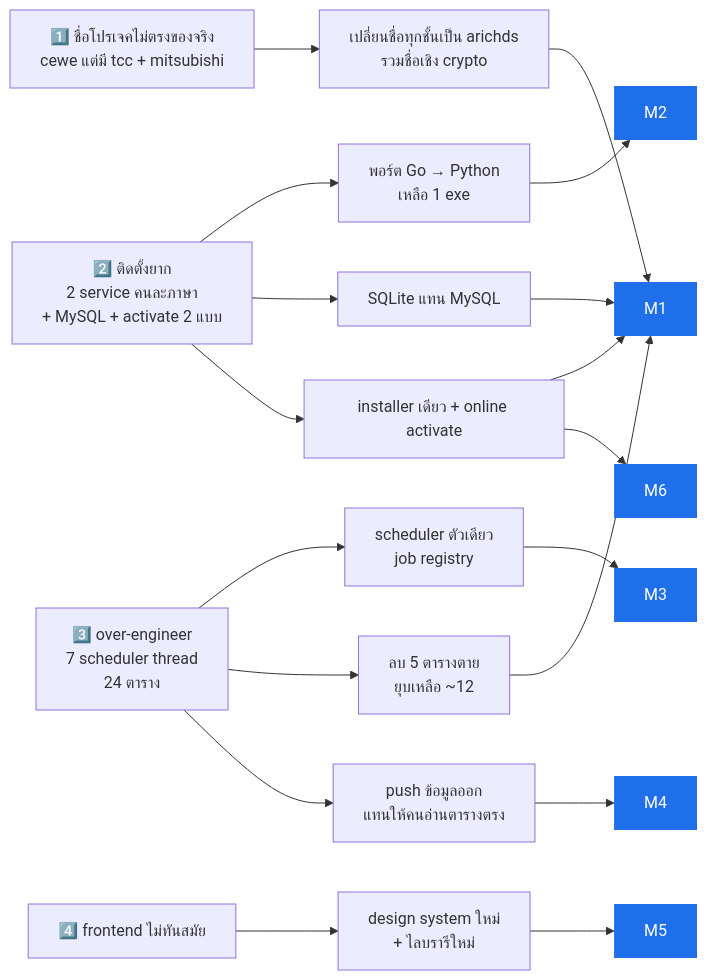
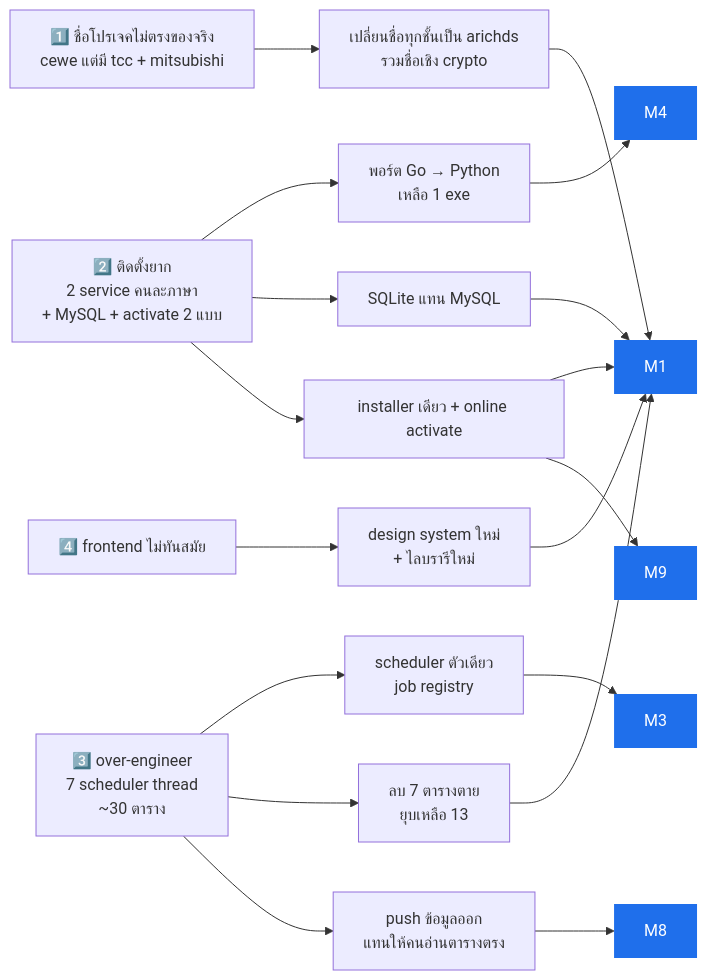
The first of 4 diagrams in docs/REMAKE-PLAN.md (sunchanin/arichds-application-v2), drawn with Mermaid before and after one commit. The commit also changed other lines of this file and 31 other files, not shown here.

````diff
--- a/docs/REMAKE-PLAN.md
+++ b/docs/REMAKE-PLAN.md
@@ -23,35 +23,34 @@
 ```mermaid
 flowchart LR
     P1["1️⃣ ชื่อโปรเจคไม่ตรงของจริง<br/>cewe แต่มี tcc + mitsubishi"]
     P2["2️⃣ ติดตั้งยาก<br/>2 service คนละภาษา<br/>+ MySQL + activate 2 แบบ"]
-    P3["3️⃣ over-engineer<br/>7 scheduler thread<br/>24 ตาราง"]
+    P3["3️⃣ over-engineer<br/>7 scheduler thread<br/>~30 ตาราง"]
     P4["4️⃣ frontend ไม่ทันสมัย"]
 
     S1["เปลี่ยนชื่อทุกชั้นเป็น arichds<br/>รวมชื่อเชิง crypto"]
     S2A["พอร์ต Go → Python<br/>เหลือ 1 exe"]
     S2B["SQLite แทน MySQL"]
     S2C["installer เดียว + online activate"]
     S3A["scheduler ตัวเดียว<br/>job registry"]
-    S3B["ลบ 5 ตารางตาย<br/>ยุบเหลือ ~12"]
+    S3B["ลบ 7 ตารางตาย<br/>ยุบเหลือ 13"]
     S3C["push ข้อมูลออก<br/>แทนให้คนอ่านตารางตรง"]
     S4["design system ใหม่<br/>+ ไลบรารีใหม่"]
 
     M1m["M1"]:::ms
-    M2m["M2"]:::ms
     M3m["M3"]:::ms
     M4m["M4"]:::ms
-    M5m["M5"]:::ms
-    M6m["M6"]:::ms
+    M8m["M8"]:::ms
+    M9m["M9"]:::ms
 
     P1 --> S1 --> M1m
-    P2 --> S2A --> M2m
+    P2 --> S2A --> M4m
     P2 --> S2B --> M1m
     P2 --> S2C --> M1m
-    S2C --> M6m
+    S2C --> M9m
     P3 --> S3A --> M3m
     P3 --> S3B --> M1m
-    P3 --> S3C --> M4m
-    P4 --> S4 --> M5m
+    P3 --> S3C --> M8m
+    P4 --> S4 --> M1m
 
     classDef ms fill:#1f6feb,color:#fff,stroke-width:0
 ```
````
